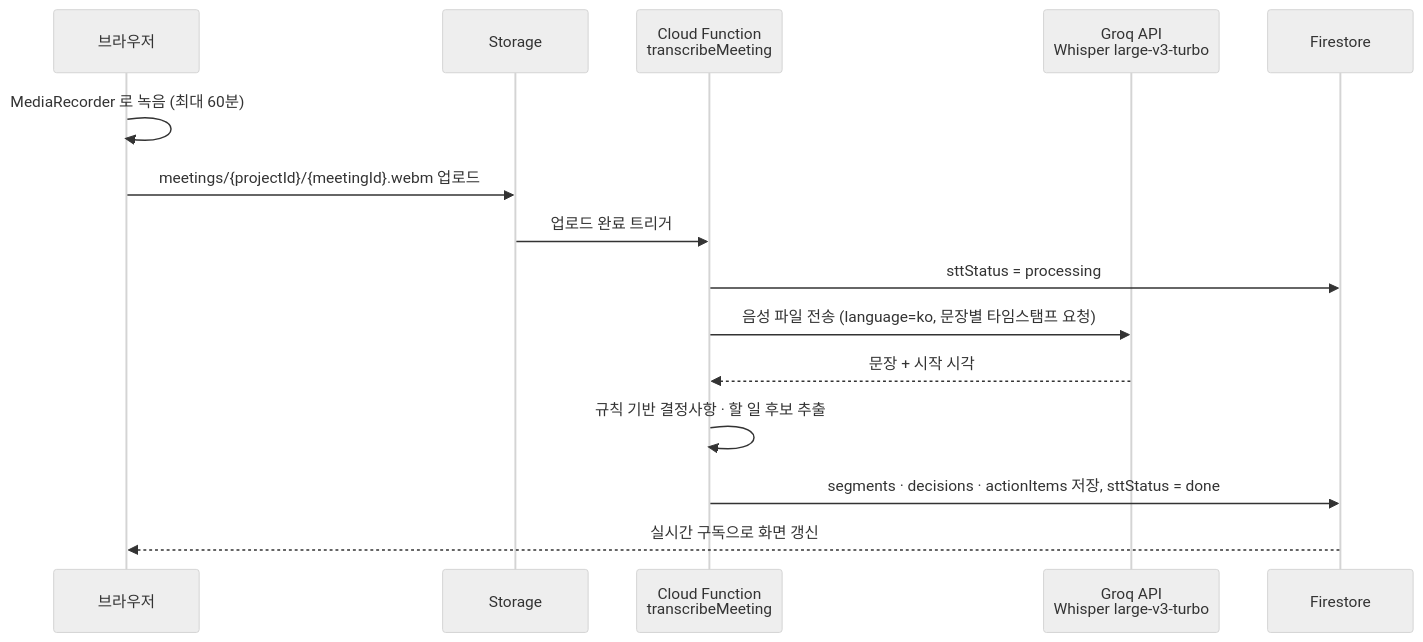
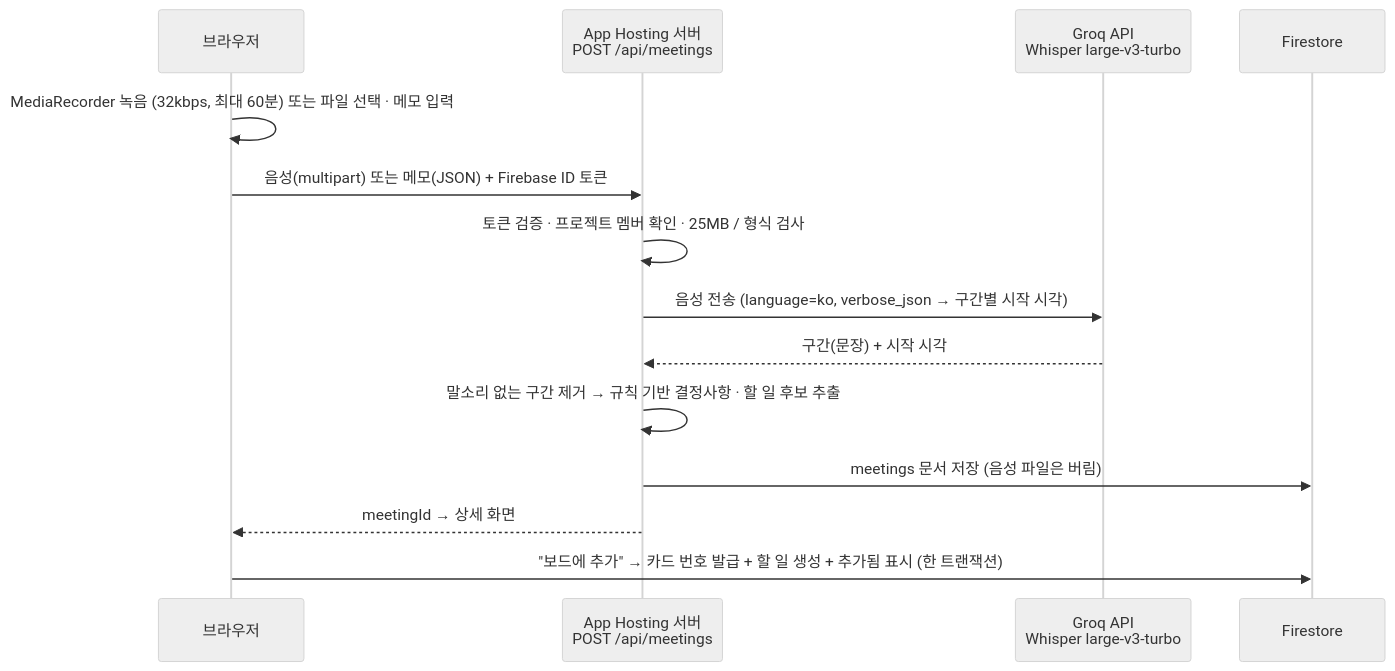
The diagram in docs/STT.md (GwakSiyun/TeamKit), drawn with Mermaid (neutral theme) before and after one commit. The commit also changed other lines of this file and 33 other files, not shown here.

````diff
--- a/docs/STT.md
+++ b/docs/STT.md
@@ -32,18 +34,17 @@
 ```mermaid
 sequenceDiagram
     participant B as 브라우저
-    participant S as Storage
-    participant F as Cloud Function<br/>transcribeMeeting
+    participant A as App Hosting 서버<br/>POST /api/meetings
     participant G as Groq API<br/>Whisper large-v3-turbo
     participant D as Firestore
 
-    B->>B: MediaRecorder 로 녹음 (최대 60분)
-    B->>S: meetings/{projectId}/{meetingId}.webm 업로드
-    S->>F: 업로드 완료 트리거
-    F->>D: sttStatus = processing
-    F->>G: 음성 파일 전송 (language=ko, 문장별 타임스탬프 요청)
-    G-->>F: 문장 + 시작 시각
-    F->>F: 규칙 기반 결정사항 · 할 일 후보 추출
-    F->>D: segments · decisions · actionItems 저장, sttStatus = done
-    D-->>B: 실시간 구독으로 화면 갱신
+    B->>B: MediaRecorder 녹음 (32kbps, 최대 60분) 또는 파일 선택 · 메모 입력
+    B->>A: 음성(multipart) 또는 메모(JSON) + Firebase ID 토큰
+    A->>A: 토큰 검증 · 프로젝트 멤버 확인 · 25MB / 형식 검사
+    A->>G: 음성 전송 (language=ko, verbose_json → 구간별 시작 시각)
+    G-->>A: 구간(문장) + 시작 시각
+    A->>A: 말소리 없는 구간 제거 → 규칙 기반 결정사항 · 할 일 후보 추출
+    A->>D: meetings 문서 저장 (음성 파일은 버림)
+    A-->>B: meetingId → 상세 화면
+    B->>D: "보드에 추가" → 카드 번호 발급 + 할 일 생성 + 추가됨 표시 (한 트랜잭션)
 ```
````
